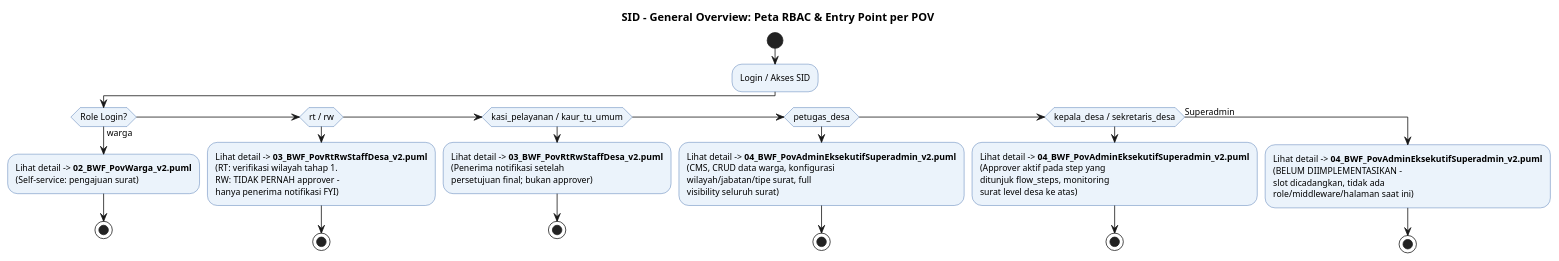
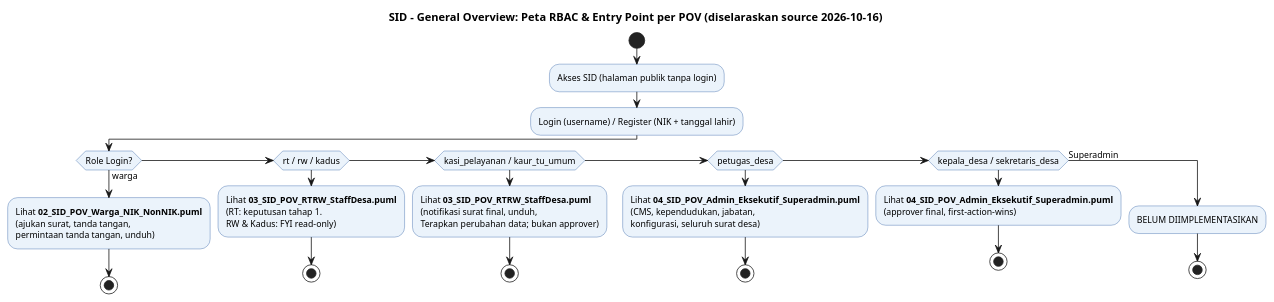
Before and after one commit to Vextronode/sid-app: the diagram in docs/bussines_workflow/01_Entry_Point_Overview.puml, drawn with PlantUML. The commit also changed 142 other files, not shown here.

```diff
--- a/docs/bussines_workflow/01_Entry_Point_Overview.puml
+++ b/docs/bussines_workflow/01_Entry_Point_Overview.puml
@@ -1,55 +1,48 @@
 @startuml
-
-title SID - General Overview: Peta RBAC & Entry Point per POV
+title SID - General Overview: Peta RBAC & Entry Point per POV (diselaraskan source 2026-10-16)
 
 skinparam activity {
   BackgroundColor #EBF3FB
   BorderColor #2E5FA3
   FontName Arial
   FontSize 11
 }
 skinparam note {
   BackgroundColor #FFF8E1
   BorderColor #C0A000
 }
 
 start
-:Login / Akses SID;
+:Akses SID (halaman publik tanpa login);
+:Login (username) / Register (NIK + tanggal lahir);
 
 if (Role Login?) then (warga)
-  :Lihat detail -> **02_BWF_PovWarga_v2.puml**\n(Self-service: pengajuan surat);
+  :Lihat **02_SID_POV_Warga_NIK_NonNIK.puml**\n(ajukan surat, tanda tangan,\npermintaan tanda tangan, unduh);
   stop
-
-elseif (rt / rw) then
-  :Lihat detail -> **03_BWF_PovRtRwStaffDesa_v2.puml**\n(RT: verifikasi wilayah tahap 1.\nRW: TIDAK PERNAH approver -\nhanya penerima notifikasi FYI);
+elseif (rt / rw / kadus) then
+  :Lihat **03_SID_POV_RTRW_StaffDesa.puml**\n(RT: keputusan tahap 1.\nRW & Kadus: FYI read-only);
   stop
-
 elseif (kasi_pelayanan / kaur_tu_umum) then
-  :Lihat detail -> **03_BWF_PovRtRwStaffDesa_v2.puml**\n(Penerima notifikasi setelah\npersetujuan final; bukan approver);
+  :Lihat **03_SID_POV_RTRW_StaffDesa.puml**\n(notifikasi surat final, unduh,\nTerapkan perubahan data; bukan approver);
   stop
-
 elseif (petugas_desa) then
-  :Lihat detail -> **04_BWF_PovAdminEksekutifSuperadmin_v2.puml**\n(CMS, CRUD data warga, konfigurasi\nwilayah/jabatan/tipe surat, full\nvisibility seluruh surat);
+  :Lihat **04_SID_POV_Admin_Eksekutif_Superadmin.puml**\n(CMS, kependudukan, jabatan,\nkonfigurasi, seluruh surat desa);
   stop
-
 elseif (kepala_desa / sekretaris_desa) then
-  :Lihat detail -> **04_BWF_PovAdminEksekutifSuperadmin_v2.puml**\n(Approver aktif pada step yang\nditunjuk flow_steps, monitoring\nsurat level desa ke atas);
+  :Lihat **04_SID_POV_Admin_Eksekutif_Superadmin.puml**\n(approver final, first-action-wins);
   stop
-
 else (Superadmin)
-  :Lihat detail -> **04_BWF_PovAdminEksekutifSuperadmin_v2.puml**\n(BELUM DIIMPLEMENTASIKAN -\nslot dicadangkan, tidak ada\nrole/middleware/halaman saat ini);
+  :BELUM DIIMPLEMENTASIKAN;
   stop
 endif
 
 note right
-  Catatan Istilah: label "RT/RW", "Staff Desa",
-  "Admin Desa/Eksekutif" di seluruh file BWF
-  adalah label navigasi untuk audiens bisnis.
-  Pemetaan resmi label ini ke 9 nilai users.role
-  yang sebenarnya diimplementasikan HANYA
-  dirujuk dari satu sumber: SID-ARCH-SYS-001 S4.
-  File BWF manapun TIDAK mendefinisikan ulang
-  pemetaan role secara independen.
+  Pejabat (selain Petugas Desa) yang punya
+  data kependudukan juga dapat mengajukan
+  surat untuk dirinya (menu Surat Saya).
+  Proses otomatis sistem: 05_SistemOtomatis.puml.
+  Pemetaan label tier → users.role:
+  SID-ARCH-SYS-001 S4.
 end note
 
 @enduml
```
